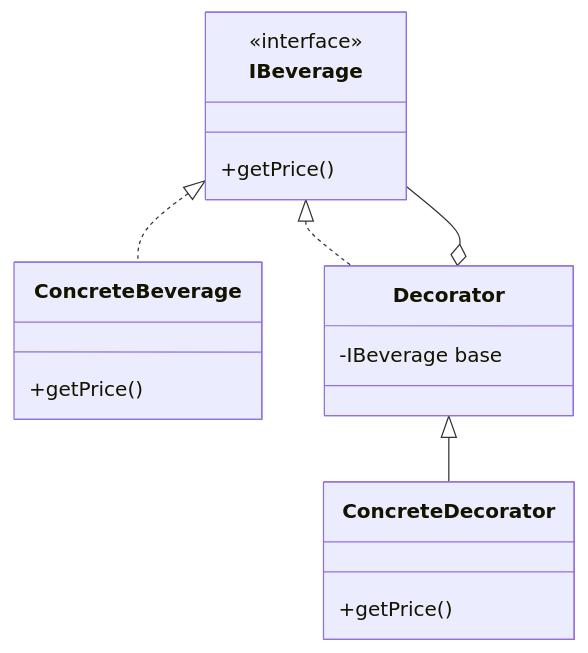
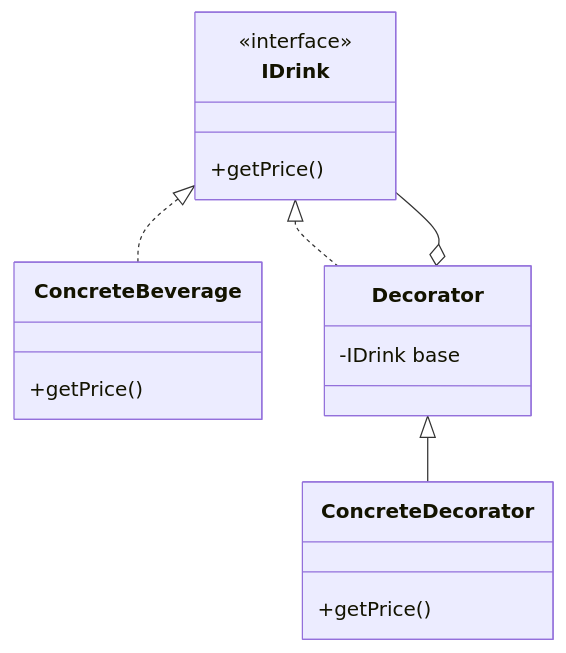
One commit to kumachan1101-pixel/DesignPattern changed the seventh of 7 diagrams in kindle/design-patterns/output/chapter06.md. Above: the diagram before and after it, drawn with Mermaid. The commit also changed other lines of this file and 1 other file, not shown here.

First line of the commit message:
fix: Kindle出版品質修正 — Mermaid図補完・おわりに追加・IBeverage統一

````diff
--- a/kindle/design-patterns/output/chapter06.md
+++ b/kindle/design-patterns/output/chapter06.md
@@ -1054,21 +1054,21 @@
 ```mermaid
 classDiagram
-    class IBeverage {
+    class IDrink {
         <<interface>>
         +getPrice()
     }
     class ConcreteBeverage {
         +getPrice()
     }
     class Decorator {
-        -IBeverage base
+        -IDrink base
     }
     class ConcreteDecorator {
         +getPrice()
     }
-    IBeverage <|.. ConcreteBeverage
-    IBeverage <|.. Decorator
-    Decorator o-- IBeverage
+    IDrink <|.. ConcreteBeverage
+    IDrink <|.. Decorator
+    Decorator o-- IDrink
     Decorator <|-- ConcreteDecorator
 
 ```
````
